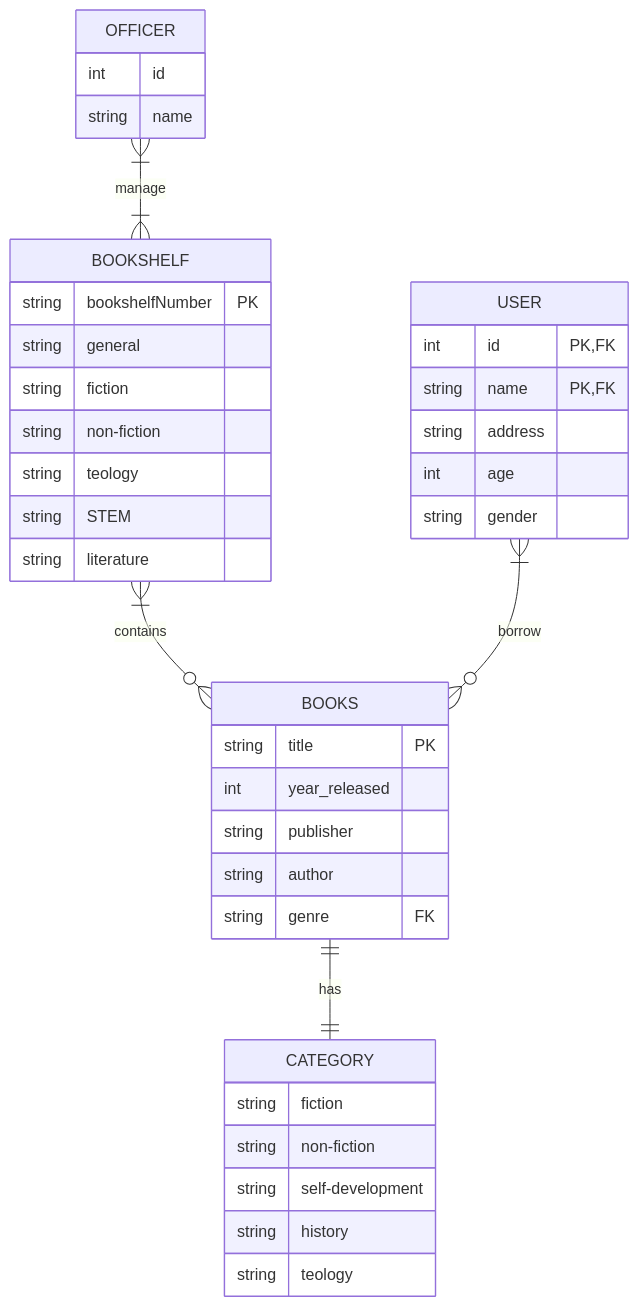
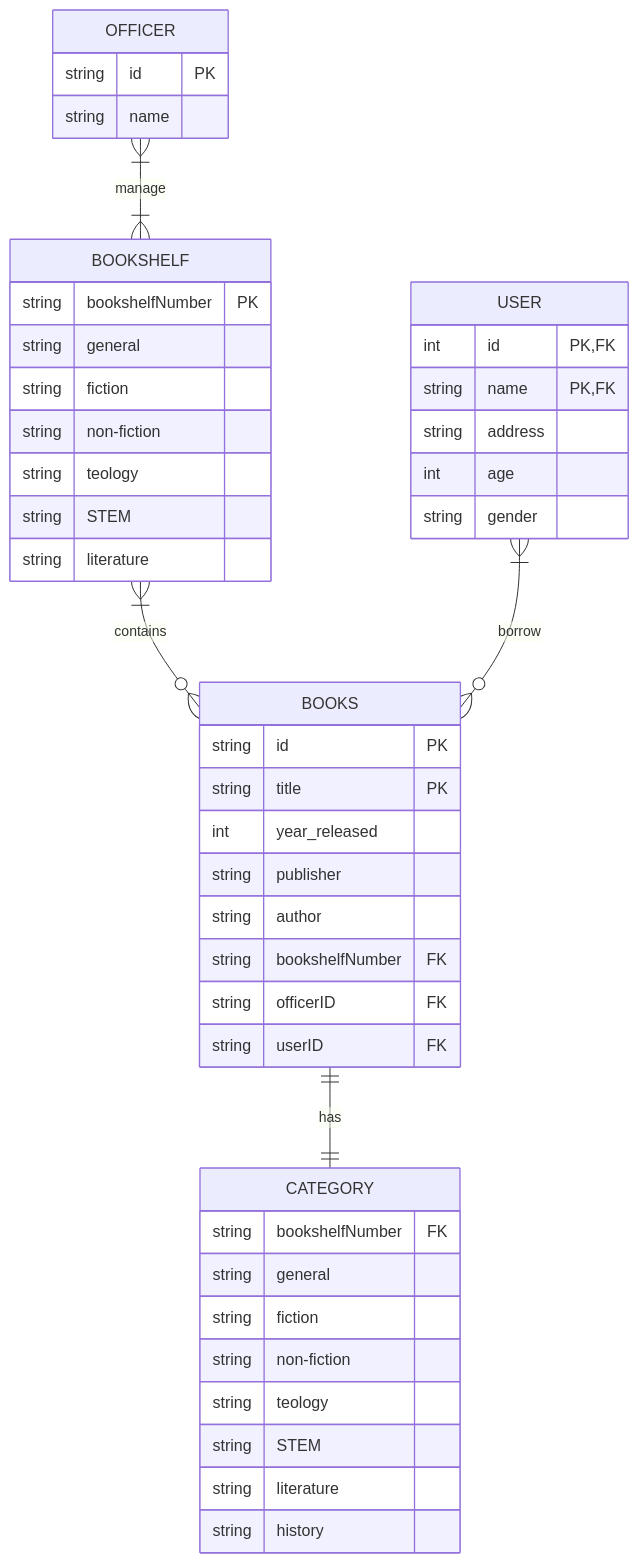
One commit to mslthn/koda-b6-db1 changed the diagram in README.md. Above: the diagram before and after it, drawn with Mermaid. The commit also changed other lines of this file, not shown here.

Commit message:
chore: add primary key and foreign key to entity attribute

````diff
--- a/README.md
+++ b/README.md
@@ -9,49 +4,55 @@
 ```mermaid
 
 erDiagram
     direction TB
     
     BOOKS {
+        string id PK
         string title PK
         int year_released
         string publisher
         string author
-        string genre FK
+        string bookshelfNumber FK
+        string officerID FK
+        string userID FK
     }
 
     CATEGORY {
-        string fiction 
+        string bookshelfNumber FK
+        string general
+        string fiction
         string non-fiction
-        string self-development
+        string teology
+        string STEM
+        string literature
         string history
-        string teology
     }
 
     BOOKSHELF {
         string bookshelfNumber PK
         string general
         string fiction
         string non-fiction
         string teology
         string STEM
         string literature
     }
 
     OFFICER {
-        int id
+        string id PK
         string name
     }
 
     USER {
         int id PK, FK
         string name PK, FK
         string address
         int age
         string gender
     }
 
 BOOKS ||--|| CATEGORY : has 
 BOOKSHELF }|--o{ BOOKS : contains
 OFFICER }|--|{ BOOKSHELF : manage
 USER }|--o{ BOOKS : borrow
 ```
````
